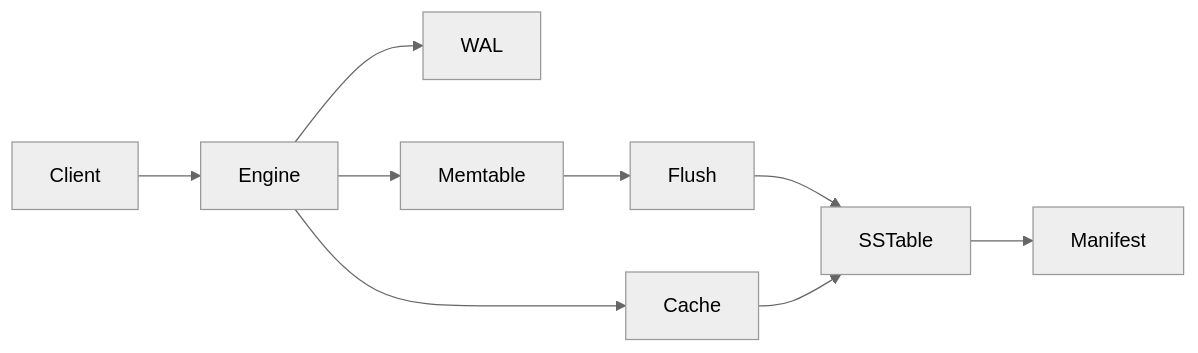
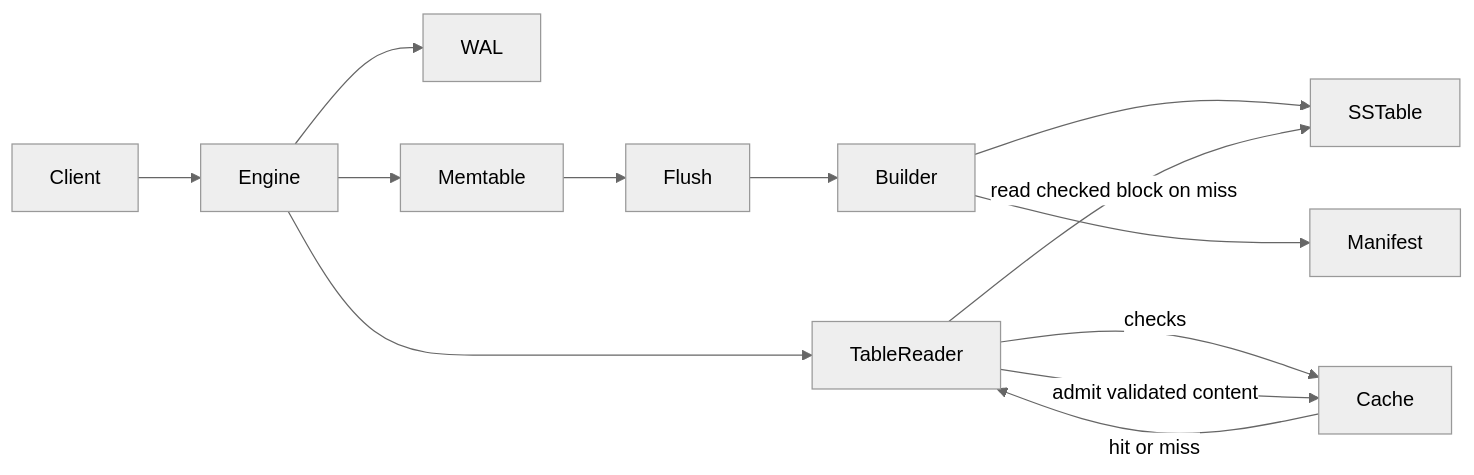
The diagram in docs/design/repository-structure.md (shresthhh/MeteorDB), drawn with Mermaid (neutral theme) before and after one commit. The commit also changed 2 other files, not shown here.

Commit message:
docs: correct recovery and cache architecture

````diff
--- a/docs/design/repository-structure.md
+++ b/docs/design/repository-structure.md
@@ -67,11 +67,15 @@
 ```mermaid
 flowchart LR
     Client --> Engine
     Engine --> WAL
     Engine --> Memtable
     Memtable --> Flush
-    Flush --> SSTable
-    SSTable --> Manifest
-    Engine --> Cache
-    Cache --> SSTable
+    Flush --> Builder
+    Builder --> SSTable
+    Builder --> Manifest
+    Engine --> TableReader
+    TableReader -->|checks| Cache
+    Cache -->|hit or miss| TableReader
+    TableReader -->|read checked block on miss| SSTable
+    TableReader -->|admit validated content| Cache
 ```
````
